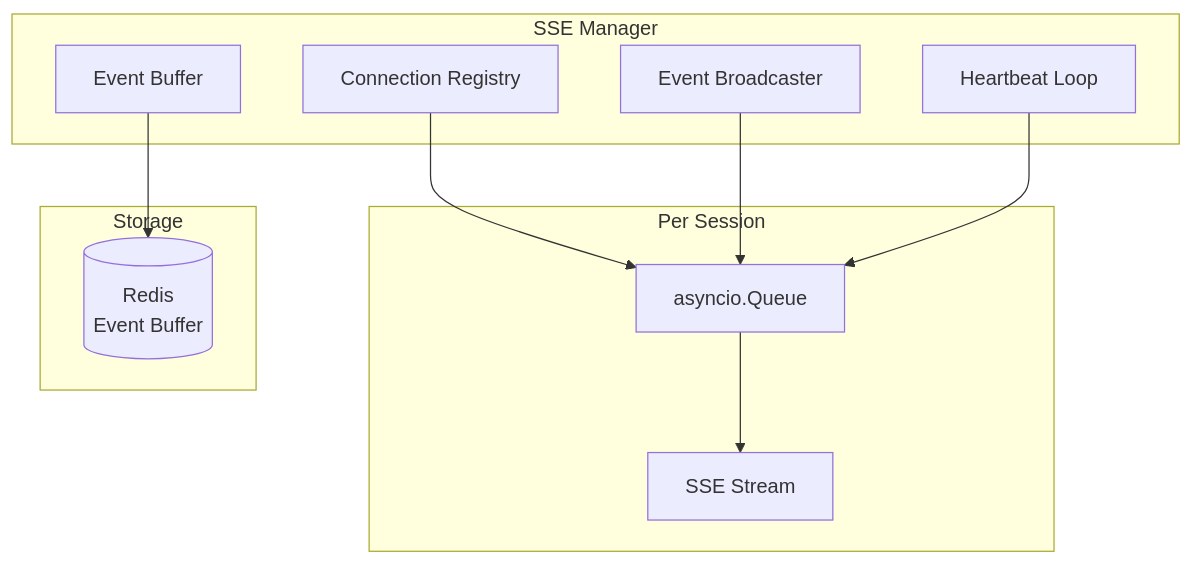
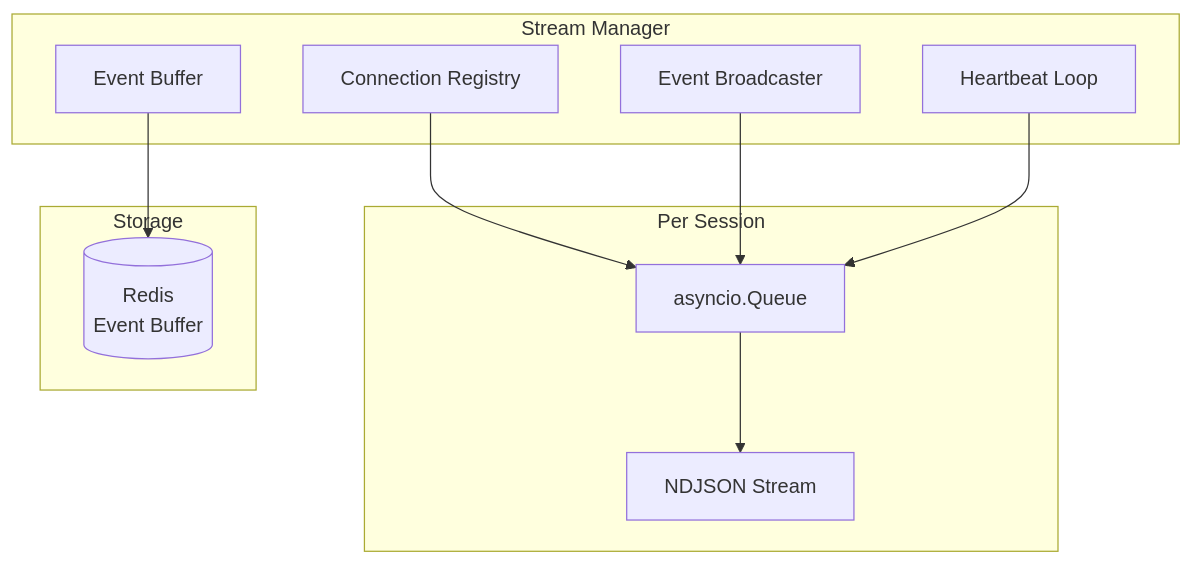
Before and after one commit to pese-git/codelab-core-service: the tenth of 13 diagrams in doc/architecture/component-details.md, drawn with Mermaid. The commit also changed other lines of this file and 6 other files, not shown here.

````diff
--- a/doc/architecture/component-details.md
+++ b/doc/architecture/component-details.md
@@ -525,24 +529,24 @@
 ```mermaid
 graph TB
-    subgraph "SSE Manager"
+    subgraph "Stream Manager"
         Connections[Connection Registry]
         Broadcast[Event Broadcaster]
         Buffer[Event Buffer]
         Heartbeat[Heartbeat Loop]
     end
     
     subgraph "Per Session"
         Queue[asyncio.Queue]
-        Stream[SSE Stream]
+        Stream[NDJSON Stream]
     end
     
     subgraph "Storage"
         Redis[(Redis<br/>Event Buffer)]
     end
     
     Connections --> Queue
     Broadcast --> Queue
     Buffer --> Redis
     Heartbeat --> Queue
     Queue --> Stream
 ```
````
